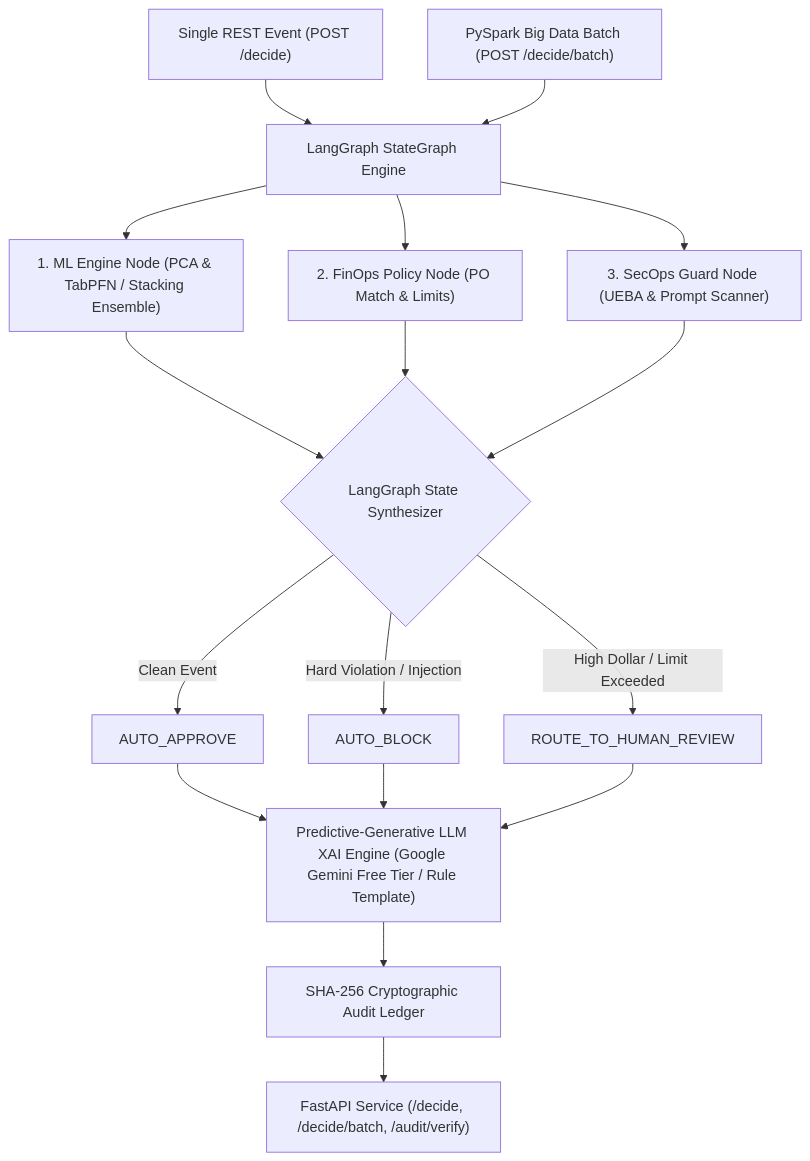
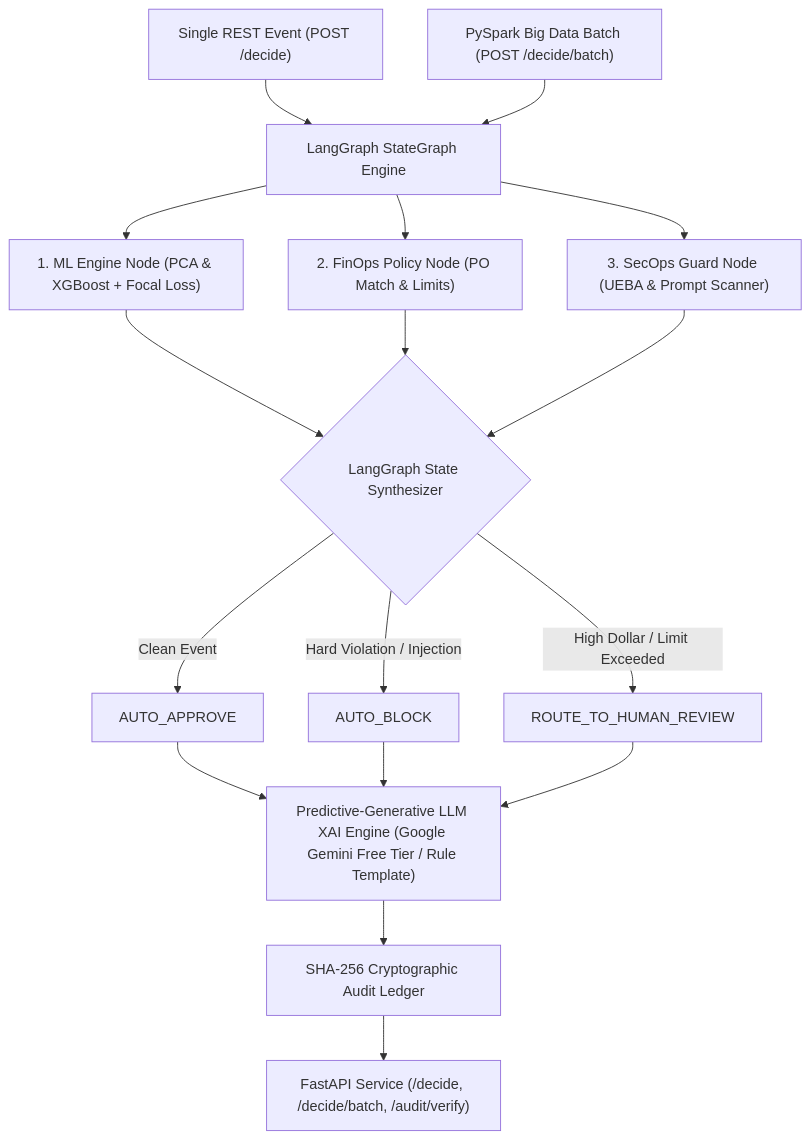
One commit to PriyankaHichkad/FinOps-Security-Agent changed the second of 2 diagrams in README.md. Above: the diagram before and after it, drawn with Mermaid. The commit also changed other lines of this file and 2 other files, not shown here.

Commit message:
Update Architecture-XGBoost

````diff
--- a/README.md
+++ b/README.md
@@ -31,19 +31,19 @@
 ```mermaid
 graph TD
     A1["Single REST Event (POST /decide)"] --> B["LangGraph StateGraph Engine"]
     A2["PySpark Big Data Batch (POST /decide/batch)"] --> B
     
-    B --> C["1. ML Engine Node (PCA & TabPFN / Stacking Ensemble)"]
+    B --> C["1. ML Engine Node (PCA & XGBoost + Focal Loss)"]
     B --> D["2. FinOps Policy Node (PO Match & Limits)"]
     B --> E["3. SecOps Guard Node (UEBA & Prompt Scanner)"]
     
     C & D & E --> F{"LangGraph State Synthesizer"}
     
     F -->|Clean Event| G["AUTO_APPROVE"]
     F -->|Hard Violation / Injection| H["AUTO_BLOCK"]
     F -->|High Dollar / Limit Exceeded| I["ROUTE_TO_HUMAN_REVIEW"]
     
     G & H & I --> J["Predictive-Generative LLM XAI Engine (Google Gemini Free Tier / Rule Template)"]
     J --> K["SHA-256 Cryptographic Audit Ledger"]
     K --> L["FastAPI Service (/decide, /decide/batch, /audit/verify)"]
 ```
````
